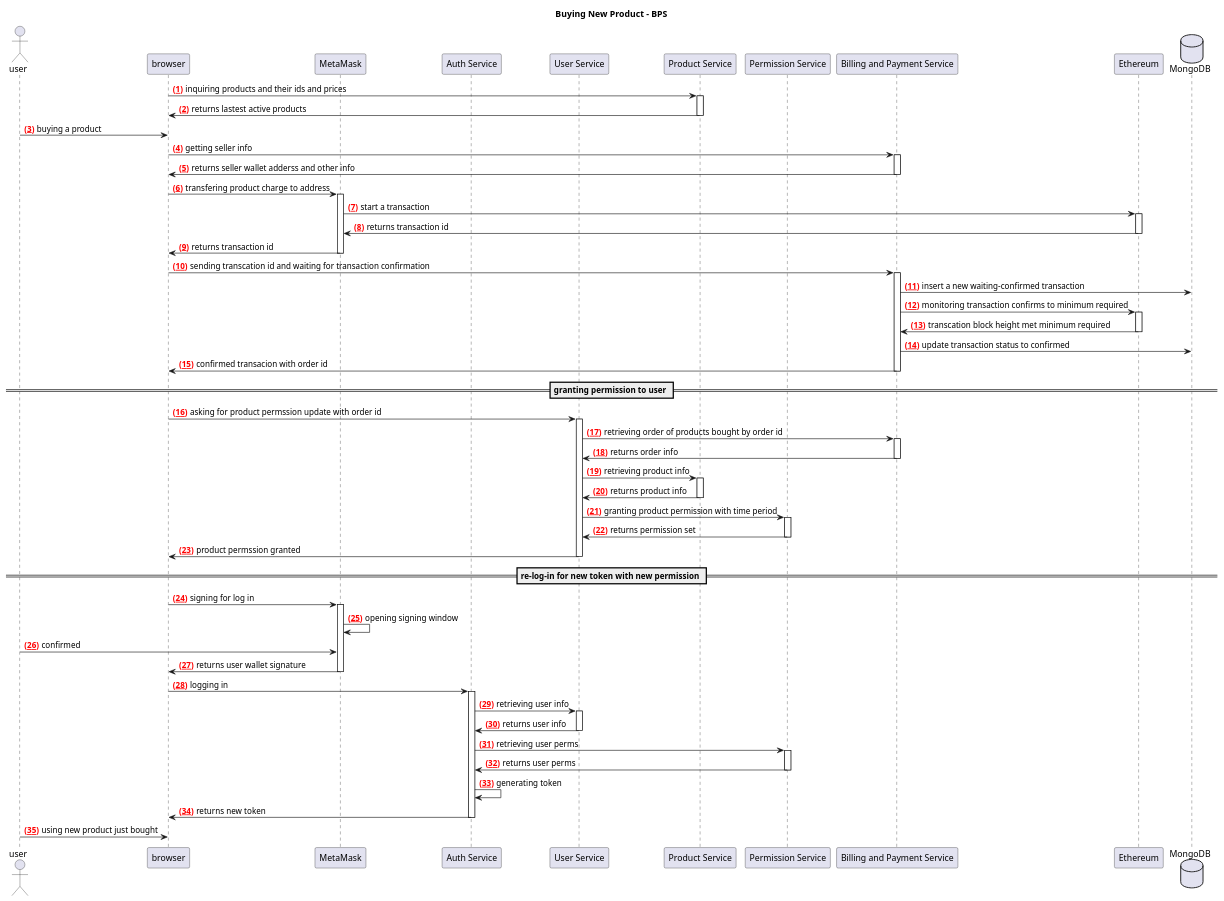
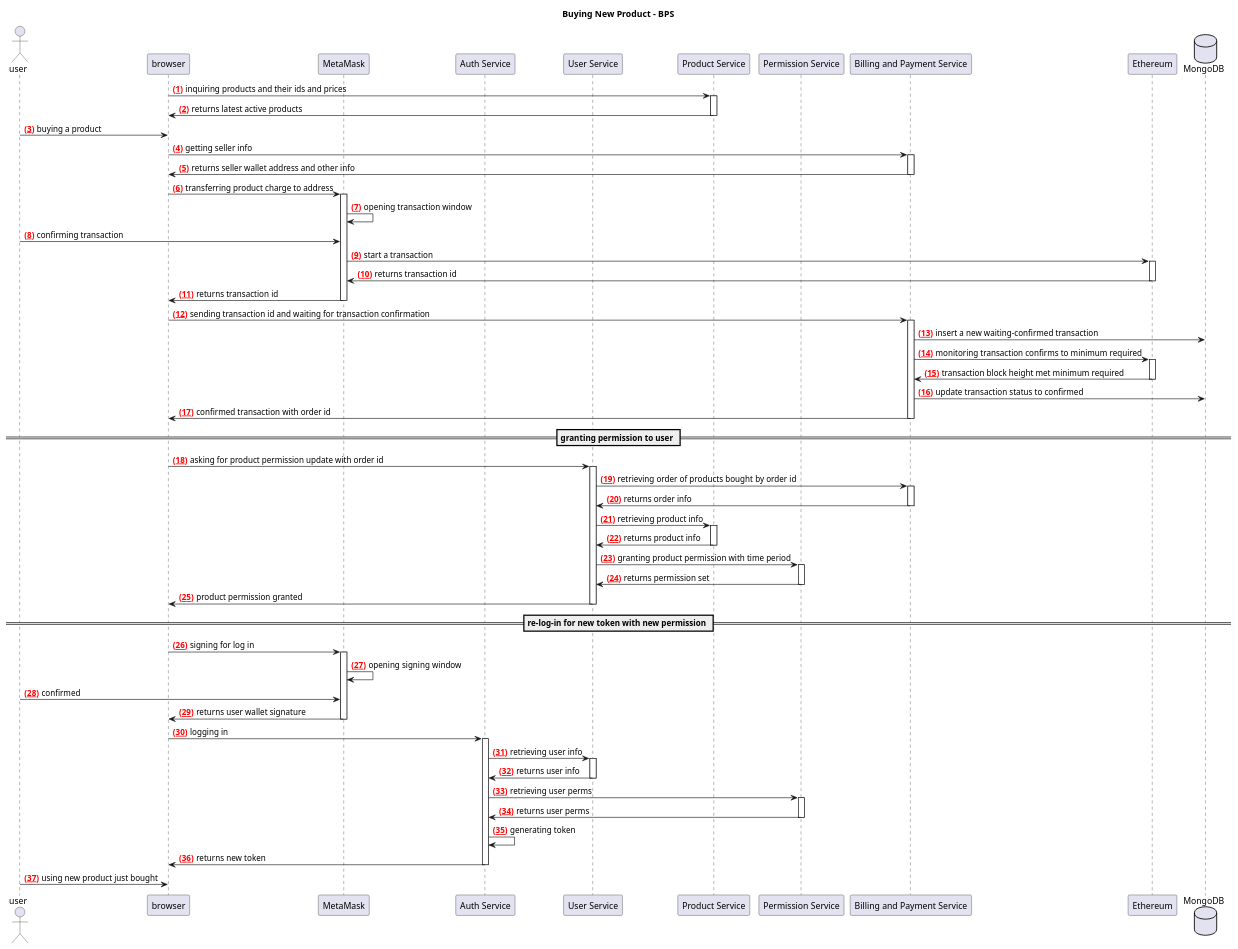
One commit to SlowlyCloud/docs changed the diagram in services/billing-and-payment-service/sequence.buying-new-product.puml. Above: the diagram before and after it, drawn with PlantUML.

```diff
--- a/services/billing-and-payment-service/sequence.buying-new-product.puml
+++ b/services/billing-and-payment-service/sequence.buying-new-product.puml
@@ -1,91 +1,93 @@
 @startuml
 title Buying New Product - BPS
 
 actor "user" as u
 participant "browser" as b
 participant "MetaMask" as mm
 participant "Auth Service" as as
 participant "User Service" as us
 participant "Product Service" as ps
 participant "Permission Service" as perms
 participant "Billing and Payment Service" as bps
 participant "Ethereum" as eth
 database "MongoDB" as db
 
 autonumber "<font color=red><b>(<u>##</u>)"
 
 b -> ps: inquiring products and their ids and prices
 activate ps
-ps -> b: returns lastest active products
+ps -> b: returns latest active products
 deactivate ps
 
 u -> b: buying a product
 
 b -> bps: getting seller info
 activate bps
-bps -> b: returns seller wallet adderss and other info
+bps -> b: returns seller wallet address and other info
 deactivate bps
 
-b -> mm: transfering product charge to address
+b -> mm: transferring product charge to address
 activate mm
+mm -> mm: opening transaction window
+u -> mm: confirming transaction
 mm -> eth: start a transaction
 activate eth
 eth -> mm: returns transaction id
 deactivate eth
 mm -> b: returns transaction id
 deactivate mm
 
-b -> bps: sending transcation id and waiting for transaction confirmation
+b -> bps: sending transaction id and waiting for transaction confirmation
 activate bps
 bps -> db: insert a new waiting-confirmed transaction
 bps -> eth: monitoring transaction confirms to minimum required
 activate eth
-eth -> bps: transcation block height met minimum required
+eth -> bps: transaction block height met minimum required
 deactivate eth
 bps -> db: update transaction status to confirmed
-bps -> b: confirmed transacion with order id
+bps -> b: confirmed transaction with order id
 deactivate bps
 
 == granting permission to user ==
 
-b -> us: asking for product permssion update with order id
+b -> us: asking for product permission update with order id
 activate us
 us -> bps: retrieving order of products bought by order id
 activate bps
 bps -> us: returns order info
 deactivate bps
 us -> ps: retrieving product info
 activate ps
 ps -> us: returns product info
 deactivate ps
 us -> perms: granting product permission with time period
 activate perms
 perms -> us: returns permission set
 deactivate perms
-us -> b: product permssion granted 
+us -> b: product permission granted 
 deactivate us
 
 == re-log-in for new token with new permission ==
 
 b -> mm: signing for log in
 activate mm
 mm -> mm: opening signing window
 u -> mm: confirmed
 mm -> b: returns user wallet signature
 deactivate mm
 b -> as: logging in
 activate as
 as -> us: retrieving user info
 activate us
 us -> as: returns user info
 deactivate us
 as -> perms: retrieving user perms
 activate perms
 perms -> as: returns user perms
 deactivate perms
 as -> as: generating token
 as -> b: returns new token
 deactivate as
 u -> b: using new product just bought
 
 @enduml
```
